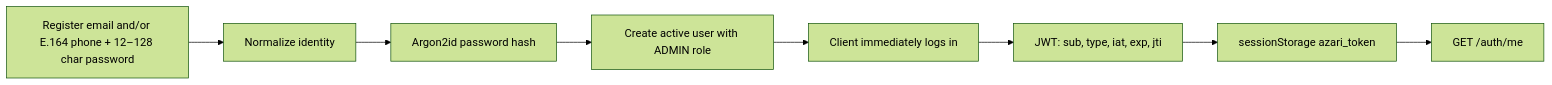
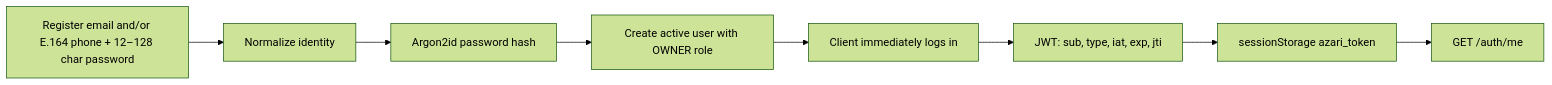
Before and after one commit to koushan123/azari-web-app: the second of 15 diagrams in HOW_THE_PROJECT_WORKS.md, drawn with Mermaid (forest theme). The commit also changed other lines of this file and 12 other files, not shown here.

Commit message:
Fix critical access-control gap: registration grants OWNER not ADMIN

````diff
--- a/HOW_THE_PROJECT_WORKS.md
+++ b/HOW_THE_PROJECT_WORKS.md
@@ -129,10 +129,10 @@
 ```mermaid
 flowchart LR
     R[Register email and/or E.164 phone + 12–128 char password] --> N[Normalize identity]
     N --> H[Argon2id password hash]
-    H --> V[Create active user with ADMIN role]
+    H --> V[Create active user with OWNER role]
     V --> L[Client immediately logs in]
     L --> J[JWT: sub, type, iat, exp, jti]
     J --> S[sessionStorage azari_token]
     S --> M[GET /auth/me]
 ```
````
